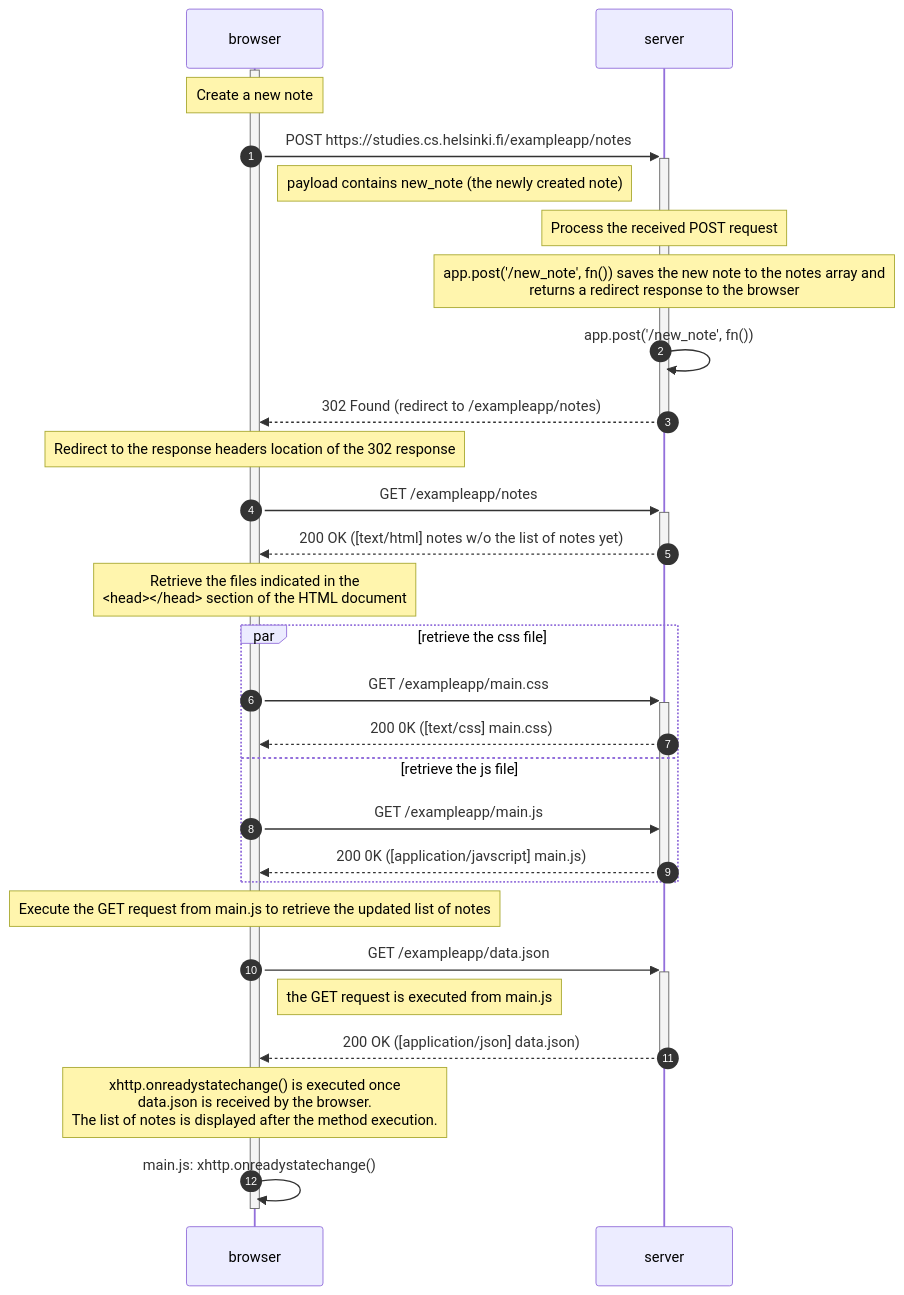
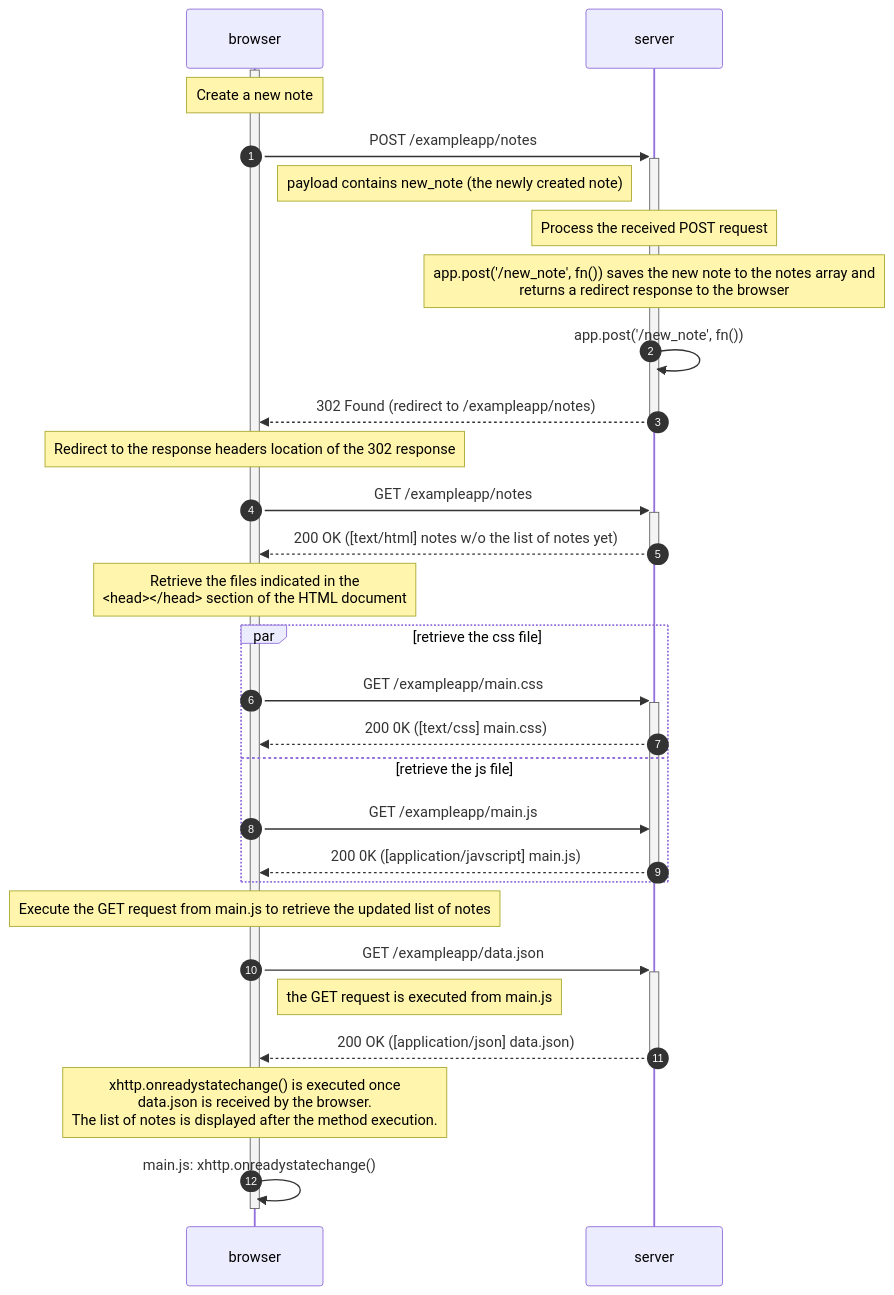
One commit to appauldev/FSO2023 changed the diagram in part0/0.4-sequence-diagram-POST.md. Above: the diagram before and after it, drawn with Mermaid. The commit also changed other lines of this file and 1 other file, not shown here.

Commit message:
➕🛠️ Add sequence diagram to activity 0.5 and clean git history

````diff
--- a/part0/0.4-sequence-diagram-POST.md
+++ b/part0/0.4-sequence-diagram-POST.md
@@ -4,40 +2,40 @@
 ```mermaid
 sequenceDiagram
     autonumber
     participant browser
     participant server
     activate browser
 
     %% start of the POST request
     Note over browser: Create a new note
-    browser ->>+ server: POST https://studies.cs.helsinki.fi/exampleapp/notes
+    browser ->>+ server: POST /exampleapp/notes
     Note right of browser: payload contains new_note (the newly created note)
     Note over server: Process the received POST request
     Note over server: app.post('/new_note', fn()) saves the new note to the notes array and <br> returns a redirect response to the browser
     server ->> server: app.post('/new_note', fn())
     server -->>- browser: 302 Found (redirect to /exampleapp/notes)
 
     %% response from the POST request
     Note over browser:  Redirect to the response headers location of the 302 response
     browser ->>+ server: GET /exampleapp/notes
     server -->>- browser: 200 OK ([text/html] notes w/o the list of notes yet)
 
     Note over browser: Retrieve the files indicated in the <br> <head></head> section of the HTML document
     par retrieve the css file
         browser ->>+ server: GET /exampleapp/main.css
         server -->> browser: 200 0K ([text/css] main.css)
     and retrieve the js file
         browser ->> server: GET /exampleapp/main.js
         server -->>- browser: 200 0K ([application/javscript] main.js)
     end
 
     Note over browser: Execute the GET request from main.js to retrieve the updated list of notes
     browser ->>+ server: GET /exampleapp/data.json
     Note right of browser: the GET request is executed from main.js
     server -->>- browser: 200 OK ([application/json] data.json)
     Note over browser: xhttp.onreadystatechange() is executed once <br> data.json is received by the browser.<br>The list of notes is displayed after the method execution.
     browser ->> browser: main.js: xhttp.onreadystatechange()
 
 
     deactivate browser
 ```
````
